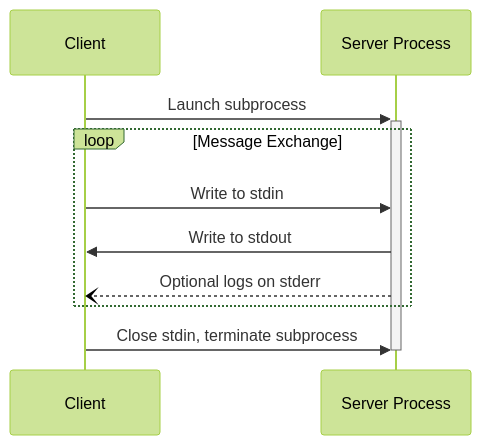
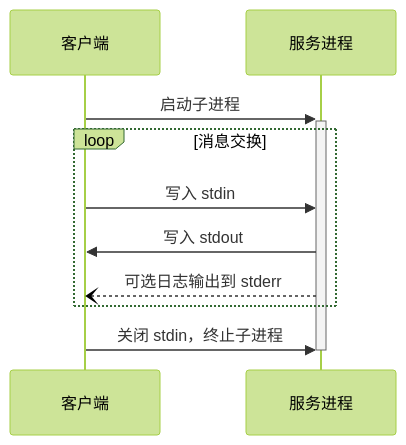
The first of 2 diagrams in docs/zh/specification/2025-03-26/basic/transports.md (modelcontextprotocol/specification), drawn with Mermaid (forest theme) before and after one commit. The commit also changed other lines of this file and 1 other file, not shown here.

````diff
--- a/docs/zh/specification/2025-03-26/basic/transports.md
+++ b/docs/zh/specification/2025-03-26/basic/transports.md
@@ -39,14 +33,14 @@
 ```mermaid
 sequenceDiagram
-    participant Client
-    participant Server Process
+    participant 客户端
+    participant 服务进程
 
-    Client->>+Server Process: Launch subprocess
-    loop Message Exchange
-        Client->>Server Process: Write to stdin
-        Server Process->>Client: Write to stdout
-        Server Process--)Client: Optional logs on stderr
+    客户端->>+服务进程: 启动子进程
+    loop 消息交换
+        客户端->>服务进程: 写入 stdin
+        服务进程->>客户端: 写入 stdout
+        服务进程--)客户端: 可选日志输出到 stderr
     end
-    Client->>Server Process: Close stdin, terminate subprocess
-    deactivate Server Process
+    客户端->>服务进程: 关闭 stdin，终止子进程
+    deactivate 服务进程
 ```
````
